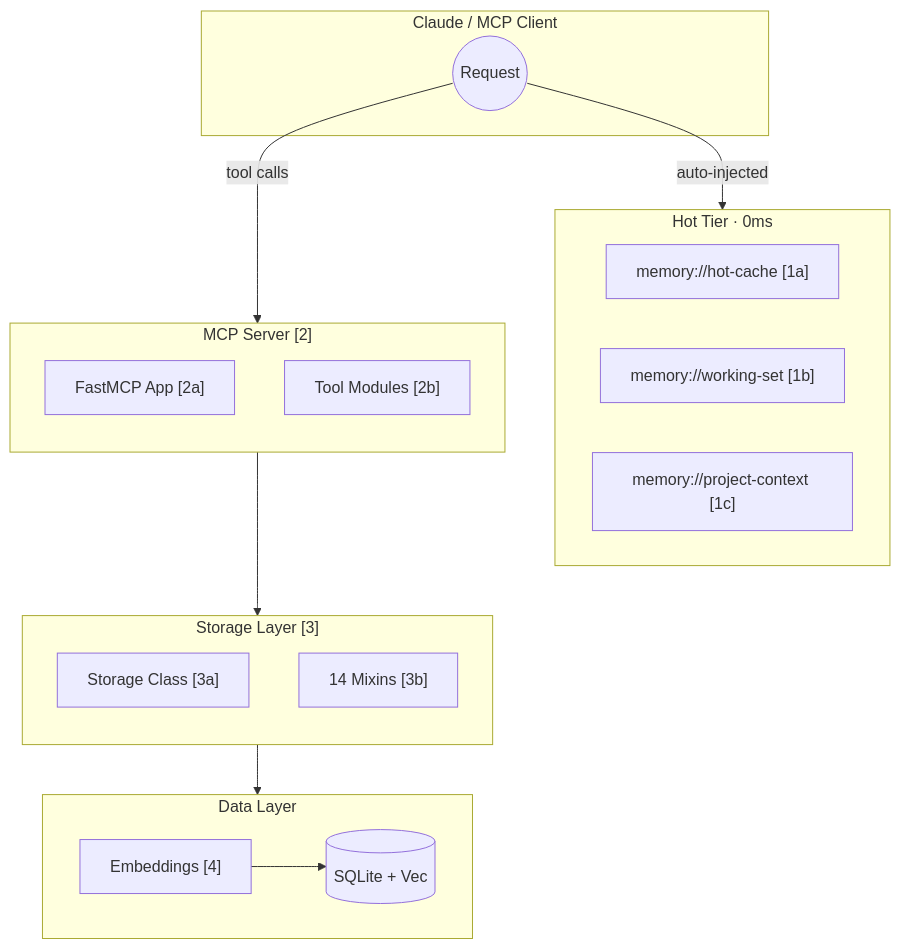
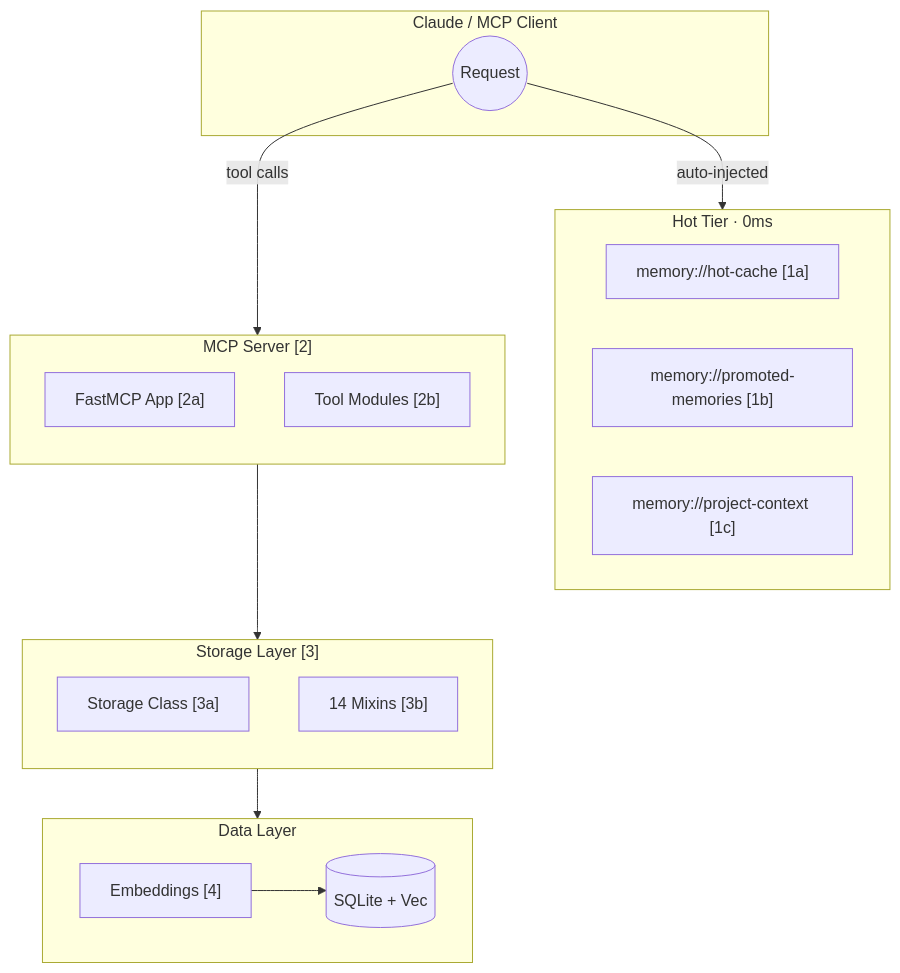
Before and after one commit to michael-denyer/memory-mcp: the first of 4 diagrams in docs/CODEMAP.md, drawn with Mermaid. The commit also changed other lines of this file and 9 other files, not shown here.

First line of the commit message:
refactor: remove working-set and mined-approved legacy support (#39)

````diff
--- a/docs/CODEMAP.md
+++ b/docs/CODEMAP.md
@@ -7,37 +7,37 @@
 ```mermaid
 flowchart TB
     subgraph Client["Claude / MCP Client"]
         REQ((Request))
     end
 
     subgraph Hot["Hot Tier · 0ms"]
         direction LR
         HC["memory://hot-cache [1a]"]
-        WS["memory://working-set [1b]"]
+        PM["memory://promoted-memories [1b]"]
         PC["memory://project-context [1c]"]
     end
 
     subgraph Server["MCP Server [2]"]
         direction TB
         APP["FastMCP App [2a]"]
         TOOLS["Tool Modules [2b]"]
     end
 
     subgraph Storage["Storage Layer [3]"]
         direction TB
         CORE["Storage Class [3a]"]
         MIXINS["14 Mixins [3b]"]
     end
 
     subgraph Data["Data Layer"]
         direction LR
         SQLITE[(SQLite + Vec)]
         EMB["Embeddings [4]"]
     end
 
     REQ -->|"auto-injected"| Hot
     REQ -->|"tool calls"| Server
     Server --> Storage
     Storage --> Data
     EMB --> SQLITE
 ```
````
